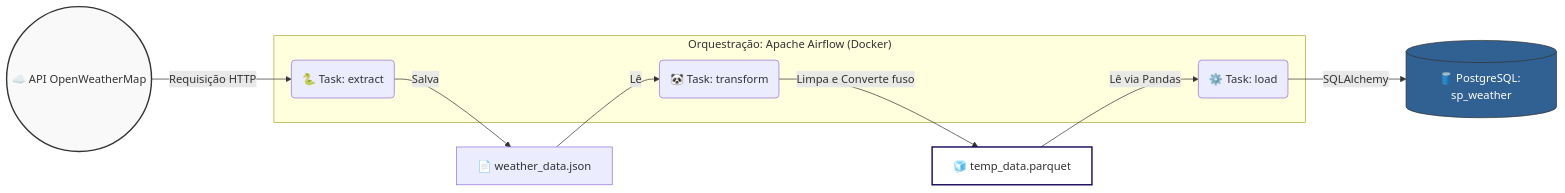
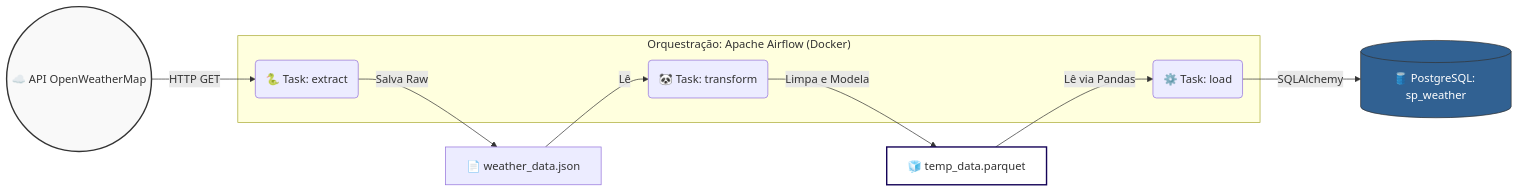
Before and after one commit to matheusaraujodata98/pipelines_etl_eng_dados_weather: the diagram in README.md, drawn with Mermaid. The commit also changed other lines of this file, not shown here.

````diff
--- a/README.md
+++ b/README.md
@@ -46,28 +76,28 @@
 ```mermaid
 graph LR
     %% Definindo os nós e ícones
     API((☁️ API OpenWeatherMap))
     JSON_RAW[📄 weather_data.json]
     PARQUET[🧊 temp_data.parquet]
     DB[(🛢️ PostgreSQL: sp_weather)]
 
     %% Definindo a caixa do Airflow
     subgraph "Orquestração: Apache Airflow (Docker)"
         T1(🐍 Task: extract)
         T2(🐼 Task: transform)
         T3(⚙️ Task: load)
     end
 
     %% Conectando o fluxo
-    API -->|Requisição HTTP| T1
-    T1 -->|Salva| JSON_RAW
+    API -->|HTTP GET| T1
+    T1 -->|Salva Raw| JSON_RAW
     JSON_RAW -->|Lê| T2
-    T2 -->|Limpa e Converte fuso| PARQUET
+    T2 -->|Limpa e Modela| PARQUET
     PARQUET -->|Lê via Pandas| T3
     T3 -->|SQLAlchemy| DB
 
     %% Estilização (Cores)
     style API fill:#f9f9f9,stroke:#333,stroke-width:2px
     style DB fill:#316192,color:#fff,stroke:#333
     style PARQUET fill:#fff,stroke:#150458,stroke-width:2px
 ```
````
